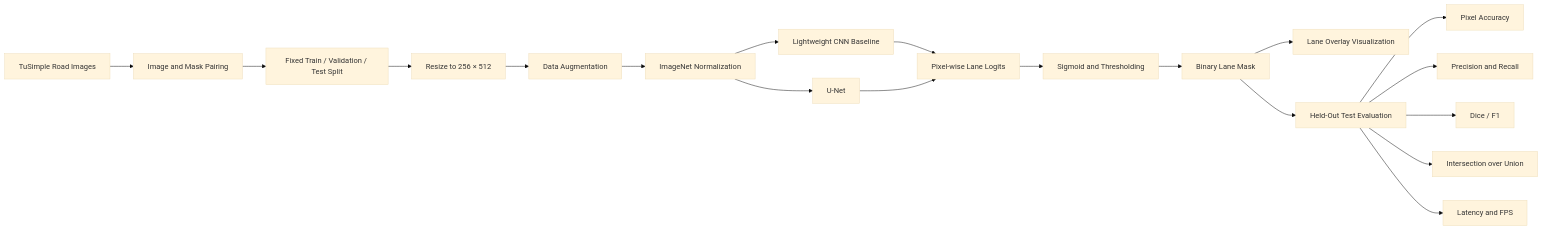
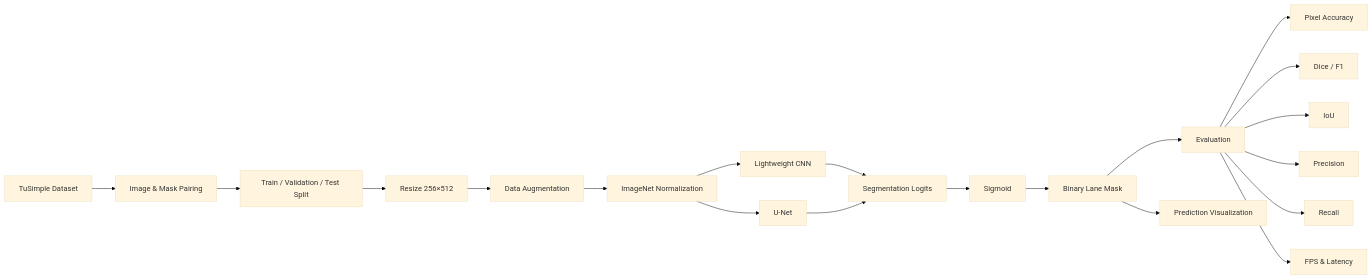
One commit to krishnatejasai/Autonomous-Lane-Detection changed the diagram in README.md. Above: the diagram before and after it, drawn with Mermaid (base theme). The commit also changed other lines of this file, not shown here.

````diff
--- a/README.md
+++ b/README.md
@@ -35,25 +88,43 @@
 ```mermaid
 flowchart LR
-    A[TuSimple Road Images] --> B[Image and Mask Pairing]
-    B --> C[Fixed Train / Validation / Test Split]
-    C --> D[Resize to 256 × 512]
-    D --> E[Data Augmentation]
-    E --> F[ImageNet Normalization]
 
-    F --> G1[Lightweight CNN Baseline]
-    F --> G2[U-Net]
+A[TuSimple Dataset]
 
-    G1 --> H[Pixel-wise Lane Logits]
-    G2 --> H
+A --> B[Image & Mask Pairing]
 
-    H --> I[Sigmoid and Thresholding]
-    I --> J[Binary Lane Mask]
-    J --> K[Lane Overlay Visualization]
+B --> C[Train / Validation / Test Split]
 
-    J --> L[Held-Out Test Evaluation]
-    L --> M[Pixel Accuracy]
-    L --> N[Precision and Recall]
-    L --> O[Dice / F1]
-    L --> P[Intersection over Union]
-    L --> Q[Latency and FPS]
+C --> D[Resize 256×512]
+
+D --> E[Data Augmentation]
+
+E --> F[ImageNet Normalization]
+
+F --> G1[Lightweight CNN]
+
+F --> G2[U-Net]
+
+G1 --> H[Segmentation Logits]
+
+G2 --> H
+
+H --> I[Sigmoid]
+
+I --> J[Binary Lane Mask]
+
+J --> K[Evaluation]
+
+J --> L[Prediction Visualization]
+
+K --> M[Pixel Accuracy]
+
+K --> N[Dice / F1]
+
+K --> O[IoU]
+
+K --> P[Precision]
+
+K --> Q[Recall]
+
+K --> R[FPS & Latency]
 ```
````
